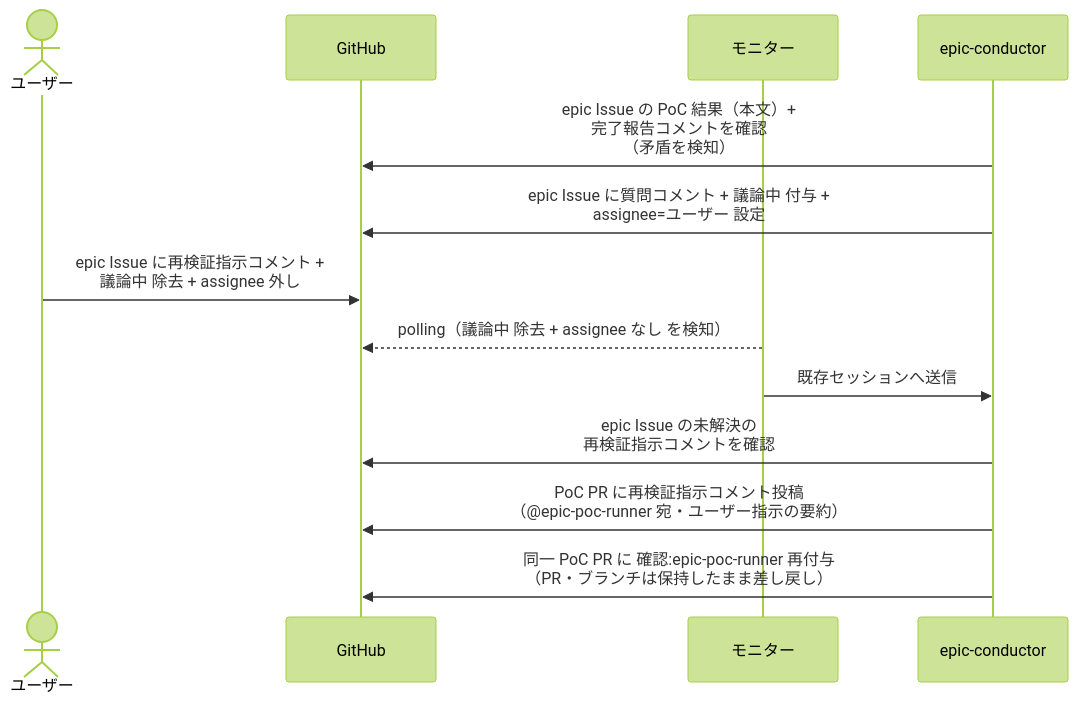
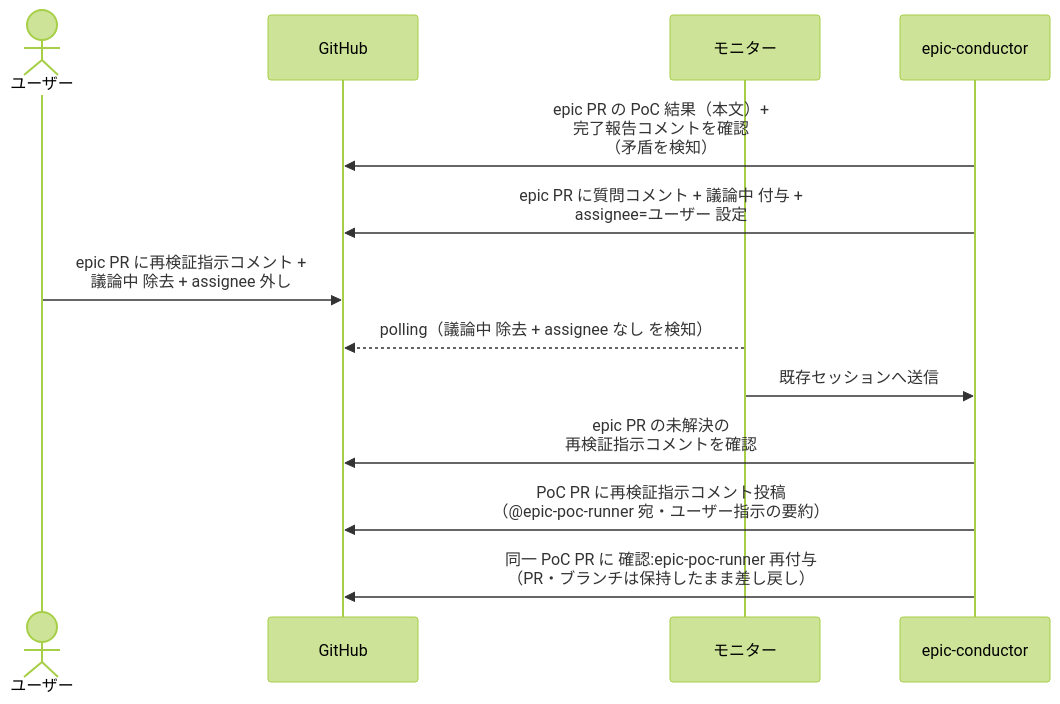
One commit to shuhei1101/ai-monitor changed the fourth of 4 diagrams in docs/wiki/設計図/シナリオ/単一ユースケース/PoC結果確認.md. Above: the diagram before and after it, drawn with Mermaid (forest theme). The commit also changed other lines of this file and 256 other files, not shown here.

````diff
--- a/docs/wiki/設計図/シナリオ/単一ユースケース/PoC結果確認.md
+++ b/docs/wiki/設計図/シナリオ/単一ユースケース/PoC結果確認.md
@@ -148,16 +148,16 @@
 ```mermaid
 sequenceDiagram
   actor U as ユーザー
   participant GH as GitHub
   participant ORC as モニター
   participant MON as epic-conductor
 
-  MON->>GH: epic Issue の PoC 結果（本文）+<br>完了報告コメントを確認<br>（矛盾を検知）
-  MON->>GH: epic Issue に質問コメント + 議論中 付与 +<br>assignee=ユーザー 設定
-  U->>GH: epic Issue に再検証指示コメント +<br>議論中 除去 + assignee 外し
+  MON->>GH: epic PR の PoC 結果（本文）+<br>完了報告コメントを確認<br>（矛盾を検知）
+  MON->>GH: epic PR に質問コメント + 議論中 付与 +<br>assignee=ユーザー 設定
+  U->>GH: epic PR に再検証指示コメント +<br>議論中 除去 + assignee 外し
   ORC-->>GH: polling（議論中 除去 + assignee なし を検知）
   ORC->>MON: 既存セッションへ送信
-  MON->>GH: epic Issue の未解決の<br>再検証指示コメントを確認
+  MON->>GH: epic PR の未解決の<br>再検証指示コメントを確認
   MON->>GH: PoC PR に再検証指示コメント投稿<br>（@epic-poc-runner 宛・ユーザー指示の要約）
   MON->>GH: 同一 PoC PR に 確認:epic-poc-runner 再付与<br>（PR・ブランチは保持したまま差し戻し）
 ```
````
